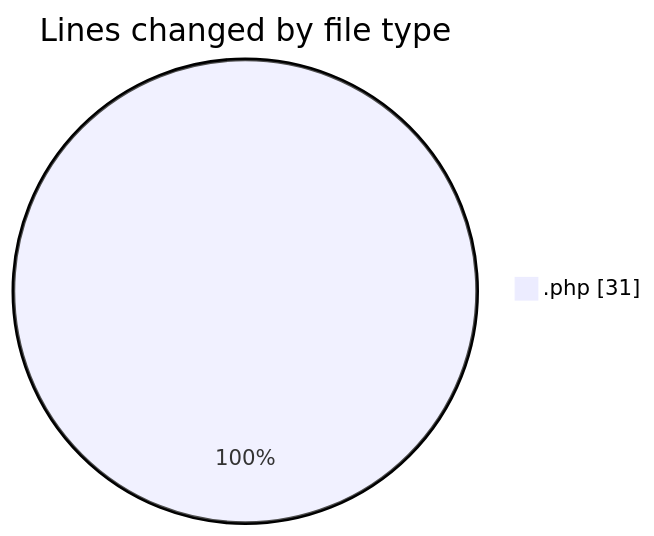
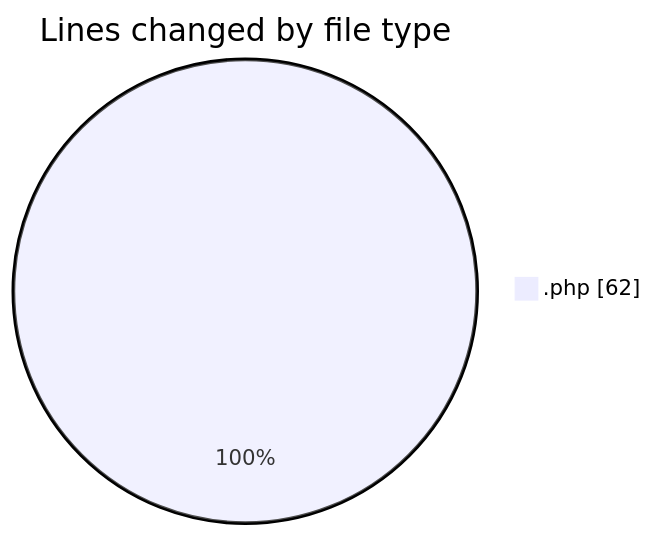
Before and after one commit to LanceThiago/code-tracking: the first of 2 diagrams in 2025-02-19/web/README.md, drawn with Mermaid. The commit also changed other lines of this file and 1 other file, not shown here.

````diff
--- a/2025-02-19/web/README.md
+++ b/2025-02-19/web/README.md
@@ -20,5 +21,5 @@
 ```mermaid
 pie showData
 title Lines changed by file type
-".php" : 31
+".php" : 62
 ```
````
